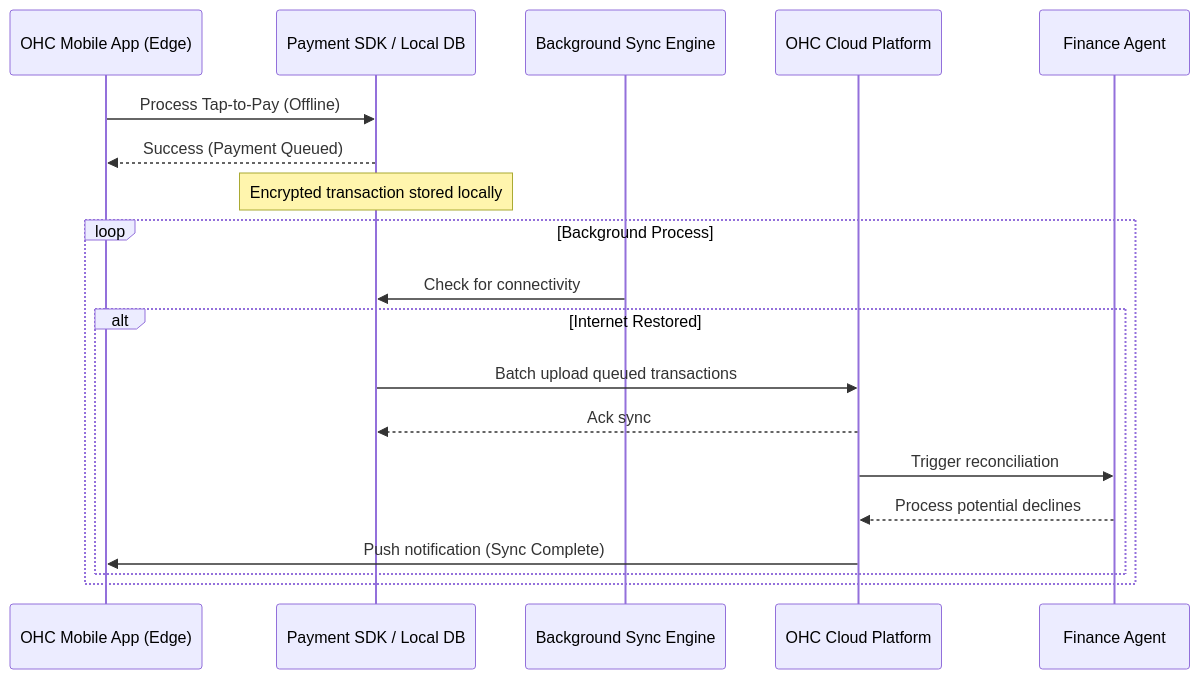
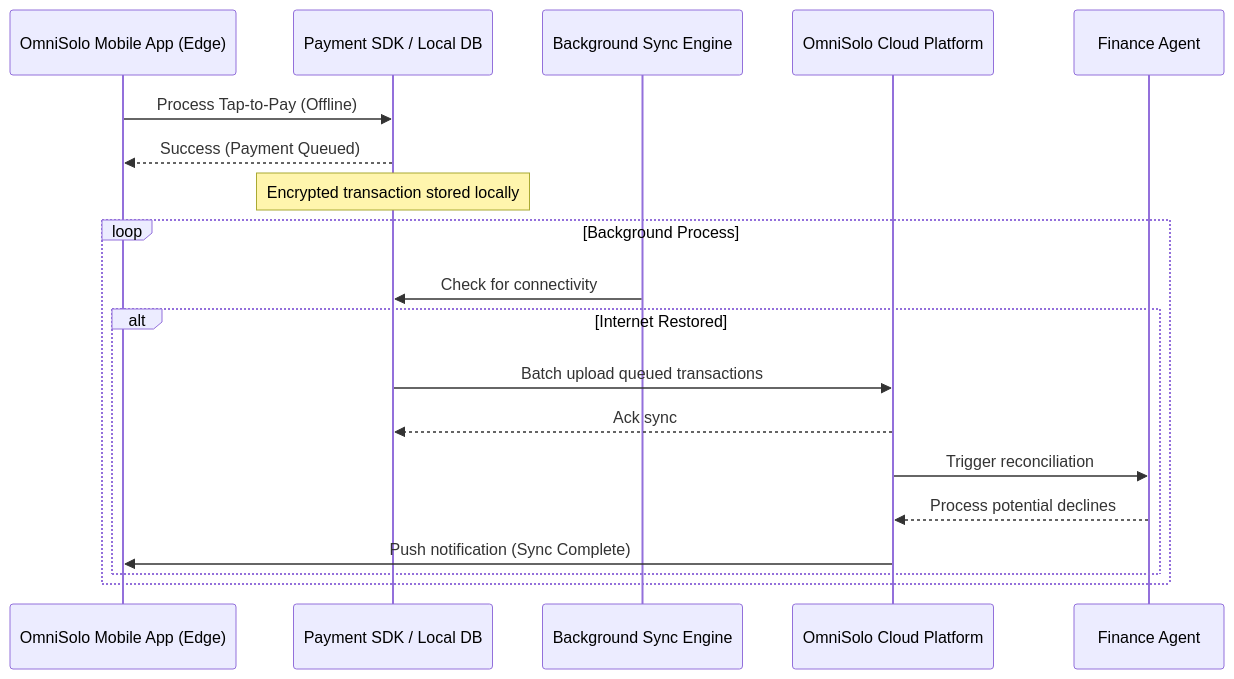
Before and after one commit to omnisolo-llc/onehumancorp: the diagram in docs/research/[architecture]_offline_first_pos_tap_to_pay.md, drawn with Mermaid. The commit also changed other lines of this file and 2191 other files, not shown here.

Commit message:
feat: complete OmniSolo rename and browser audit

````diff
--- a/docs/research/[architecture]_offline_first_pos_tap_to_pay.md
+++ b/docs/research/[architecture]_offline_first_pos_tap_to_pay.md
@@ -84,23 +84,23 @@
 ```mermaid
 sequenceDiagram
-    participant User as OHC Mobile App (Edge)
+    participant User as OmniSolo Mobile App (Edge)
     participant SDK as Payment SDK / Local DB
     participant Sync as Background Sync Engine
-    participant Cloud as OHC Cloud Platform
+    participant Cloud as OmniSolo Cloud Platform
     participant AI as Finance Agent
 
     User->>SDK: Process Tap-to-Pay (Offline)
     SDK-->>User: Success (Payment Queued)
     Note over SDK: Encrypted transaction stored locally
 
     loop Background Process
         Sync->>SDK: Check for connectivity
         alt Internet Restored
             SDK->>Cloud: Batch upload queued transactions
             Cloud-->>SDK: Ack sync
             Cloud->>AI: Trigger reconciliation
             AI-->>Cloud: Process potential declines
             Cloud->>User: Push notification (Sync Complete)
         end
     end
 ```
````
